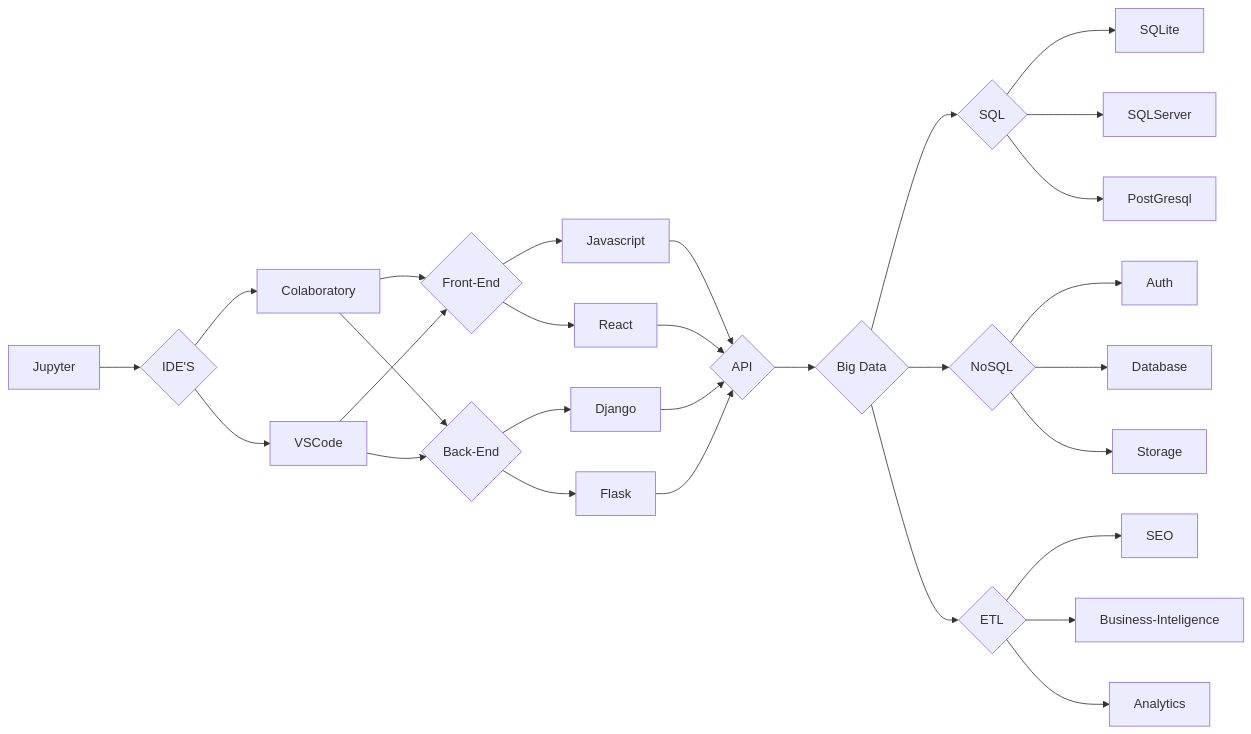
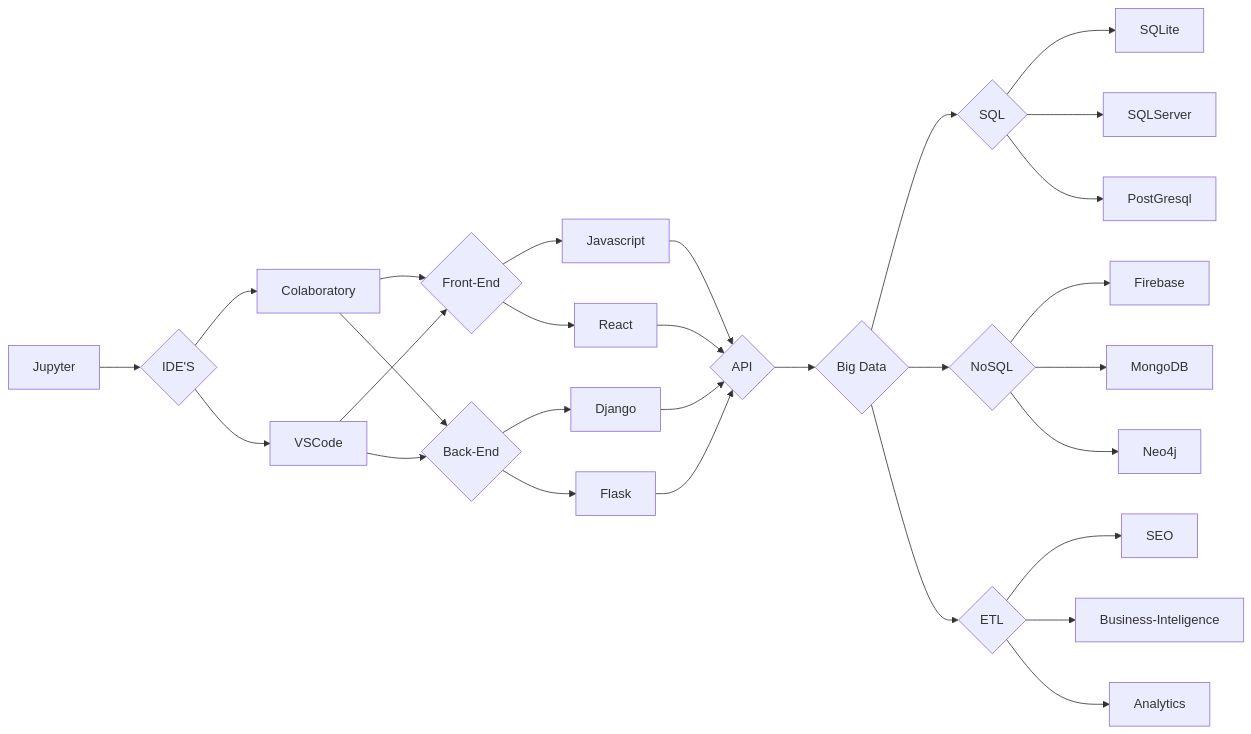
Before and after one commit to SauloCandeira/SauloCandeira: the first of 2 diagrams in README.md, drawn with Mermaid.

````diff
--- a/README.md
+++ b/README.md
@@ -62,40 +62,40 @@
 ```mermaid
 flowchart LR
 
 M[Jupyter] --> Z{IDE'S} 
 
 Z{IDE'S} --> K[Colaboratory]
 Z  --> L
 
 K[Colaboratory] --> A{Front-End} 
 K --> B{Back-End}
 L[VSCode] --> A{Front-End} 
 L --> B{Back-End}
 
 A{Front-End} --> I[Javascript] --> O{API} 
 A{Front-End} --> J[React] --> O{API} 
 
 B{Back-End} --> G[Django] --> O{API} 
 B{Back-End} --> H[Flask] --> O{API} 
 
 
 
 O{API} --> N{Big Data}
 
 N{Big Data} --> T{SQL}
 T --> U[SQLite]
 T --> V[SQLServer]
 T --> X[PostGresql]
 
 N{Big Data} --> C{NoSQL}
 
 N --> P{ETL}
 P --> Q[SEO]
 P --> R[Business-Inteligence]
 P --> S[Analytics]
 
 
-C --> D[Auth]
-C --> E[Database]
-C --> F[Storage]
+C --> D[Firebase]
+C --> E[MongoDB]
+C --> F[Neo4j]
 ```
````
